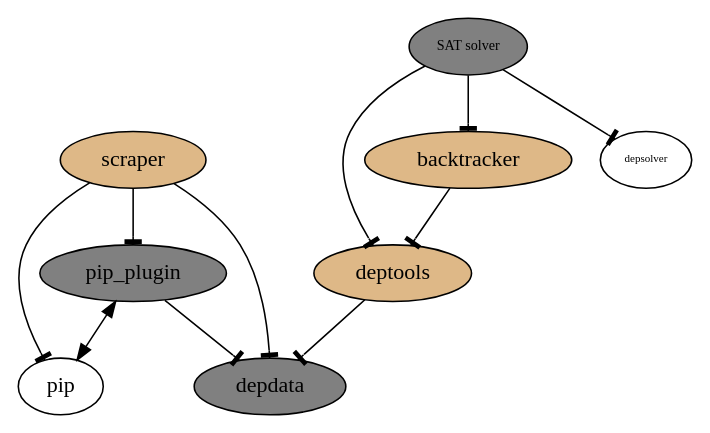
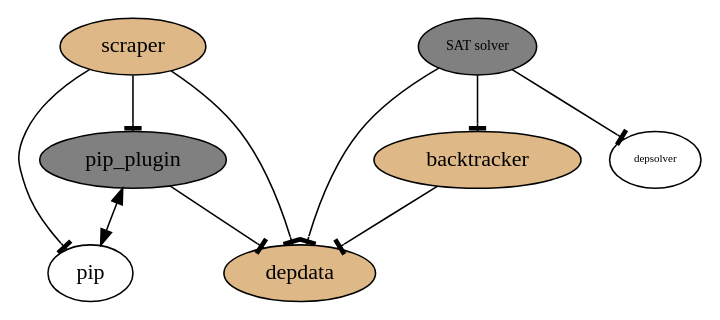
One commit to awwad/depresolve changed the diagram in docs/depresolve.dot. Above: the diagram before and after it, drawn with Graphviz. The commit also changed 2 other files, not shown here.

```diff
--- a/docs/depresolve.dot
+++ b/docs/depresolve.dot
@@ -1,46 +1,44 @@
 digraph imports {
 
   scraper [label="scraper",fillcolor="burlywood",style="filled"]
-  deptools [label="deptools",fillcolor="burlywood",style="filled"]
+  depdata [label="depdata",fillcolor="burlywood",style="filled"]
   pip [label="pip"]
   resolvability [label="backtracker",fillcolor="burlywood",style="filled"]
   depsolver_integrate [label="SAT solver",fillcolor="gray",style="filled",fontsize=9]
-  depdata [label="depdata",fillcolor="gray",style="filled"]
   //pip_vendor_packaging [label="pip._vendor.packaging",shape=ellipse,fontsize=7]
   depsolver [label="depsolver",shape=ellipse,fontsize=7]
   pip_plugin [label="pip_plugin",fillcolor="gray",style="filled"]
 
 
   //scraper -> pip_vendor_packaging [arrowhead=tee,style=dotted]
   scraper -> pip [arrowhead=tee,]
   scraper -> pip_plugin [arrowhead=tee]
   scraper -> depdata [arrowhead=tee]
-  depsolver_integrate -> deptools [arrowhead=tee]
+  depsolver_integrate -> depdata [arrowhead=tee]
   depsolver_integrate -> resolvability [arrowhead=tee]
   //depsolver_integrate -> pip_vendor_packaging [arrowhead=tee,style=dotted]
   depsolver_integrate -> depsolver [arrowhead=tee]
   //deptools -> pip_vendor_packaging [arrowhead=tee,style=dotted]
-  deptools -> depdata [arrowhead=tee]
   //resolvability -> pip_vendor_packaging [arrowhead=tee,style=dotted]
-  resolvability -> deptools [arrowhead=tee]
+  resolvability -> depdata [arrowhead=tee]
   pip_plugin -> depdata [arrowhead=tee]
   pip_plugin -> pip [dir=both]
   //pip_plugin -> pip_vendor_packaging [arrowhead=tee,style=dotted]
   //pip -> pip_vendor_packaging [arrowhead=tee]
 
 
 
 /*  subgraph legend {
     label = "Legend";
     key [label=<<table border="0" cellpadding="2" cellspacing="0" cellborder="0">
       <tr><td align="right" port="i1">External dependencies</td></tr>
       <tr><td align="right" port="i2">Main components</td></tr>
       <tr><td align="right" port="i3">Supporting components</td></tr>
       </table>>]
     key:i1 [shape=box]
     key:i2 [style="filled",color=gray]
     key:i3 [style="filled",color="burlywood"]
   }
 */
 
 }
```
